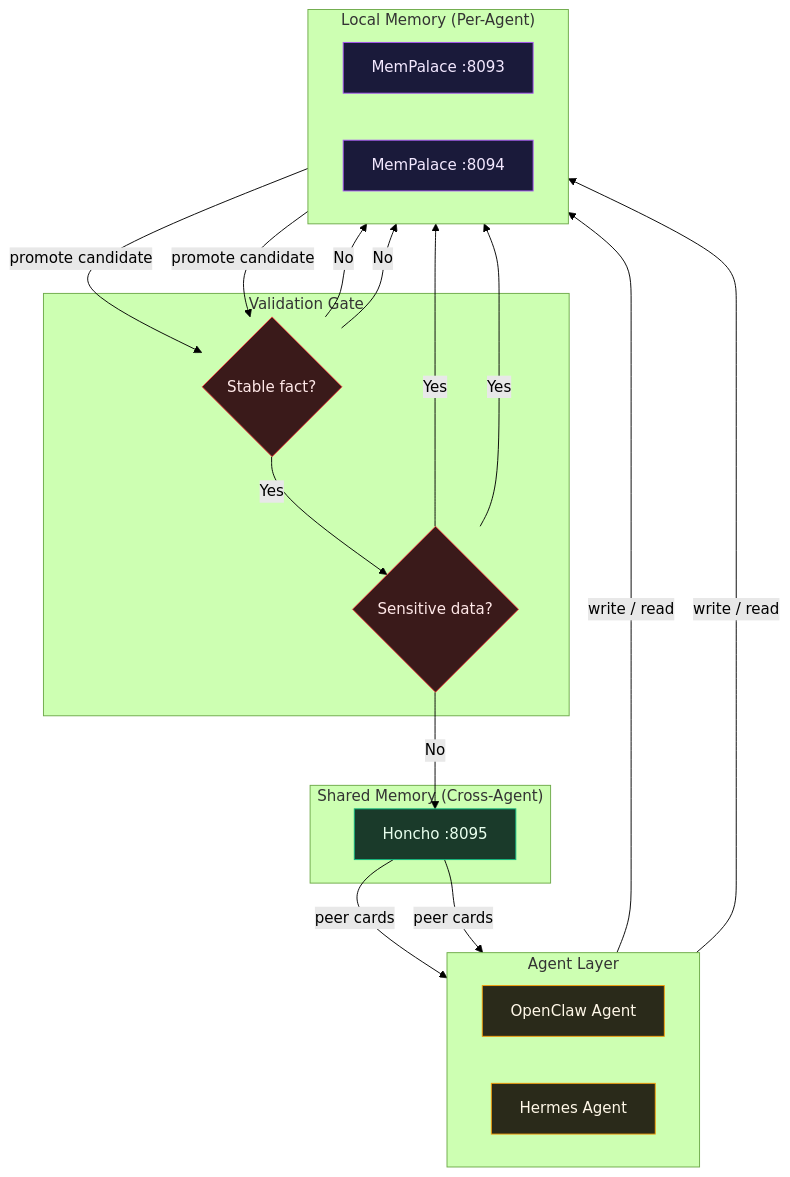
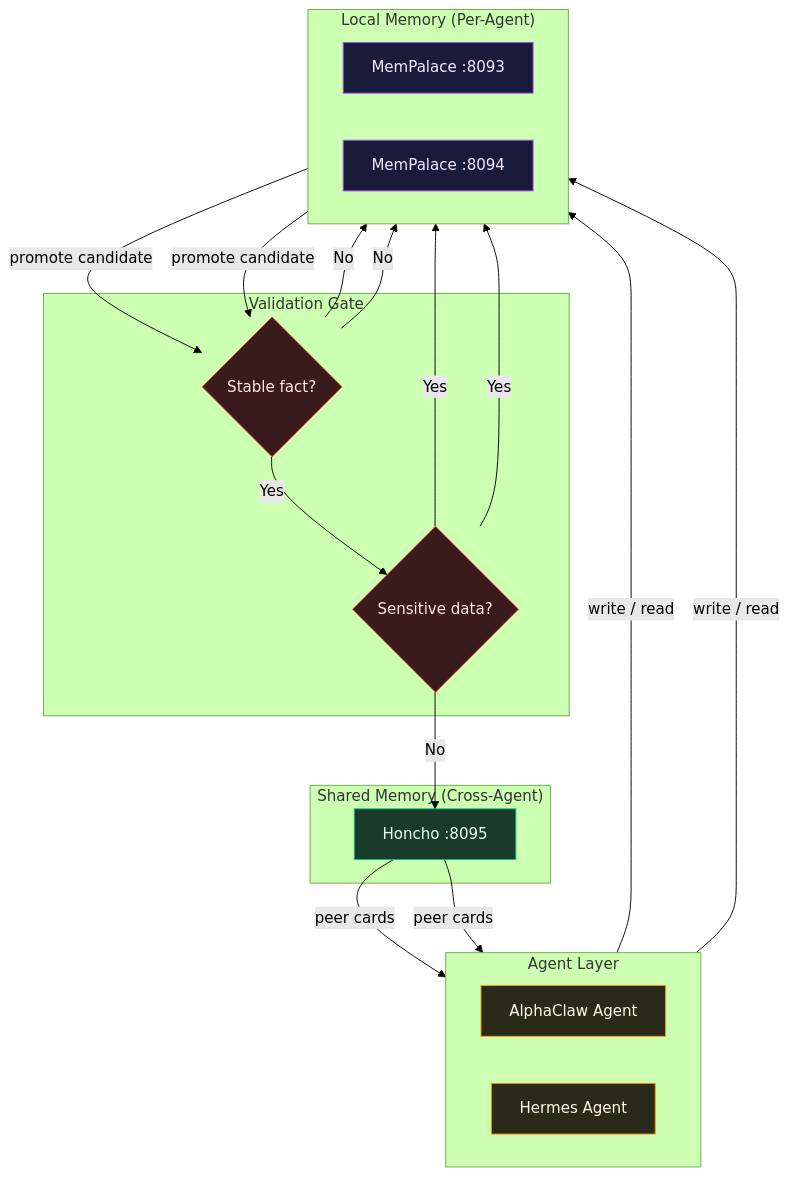
One commit to enuno/noesis-ansible changed the second of 2 diagrams in README.md. Above: the diagram before and after it, drawn with Mermaid (forest theme). The commit also changed other lines of this file and 40 other files, not shown here.

````diff
--- a/README.md
+++ b/README.md
@@ -216,50 +216,50 @@
 ```mermaid
 flowchart TD
     subgraph AgentLayer["Agent Layer"]
         direction LR
-        oc["OpenClaw Agent"]
+        oc["AlphaClaw Agent"]
         hm["Hermes Agent"]
     end
 
     subgraph LocalMemory["Local Memory (Per-Agent)"]
         direction LR
         mp_oc["MemPalace :8093"]
         mp_hm["MemPalace :8094"]
     end
 
     subgraph SharedMemory["Shared Memory (Cross-Agent)"]
         honcho["Honcho :8095"]
     end
 
     subgraph ValidationGate["Validation Gate"]
         check{"Stable fact?"}
         block{"Sensitive data?"}
     end
 
     oc --"write / read"--> mp_oc
     hm --"write / read"--> mp_hm
 
     mp_oc --"promote candidate"--> check
     mp_hm --"promote candidate"--> check
 
     check --"Yes"--> block
     check --"No"--> mp_oc
     check --"No"--> mp_hm
 
     block --"No"--> honcho
     block --"Yes"--> mp_oc
     block --"Yes"--> mp_hm
 
     honcho --"peer cards"--> oc
     honcho --"peer cards"--> hm
 
     classDef agent fill:#2a2a1a,stroke:#f59e0b,color:#FFF8E8
     classDef local fill:#1a1a3a,stroke:#a855f7,color:#F3E8FF
     classDef shared fill:#1a3a2a,stroke:#10b981,color:#E8FFEE
     classDef gate fill:#3a1a1a,stroke:#ef4444,color:#FFE8E8
 
     class oc,hm agent
     class mp_oc,mp_hm local
     class honcho shared
     class check,block gate
 ```
````
